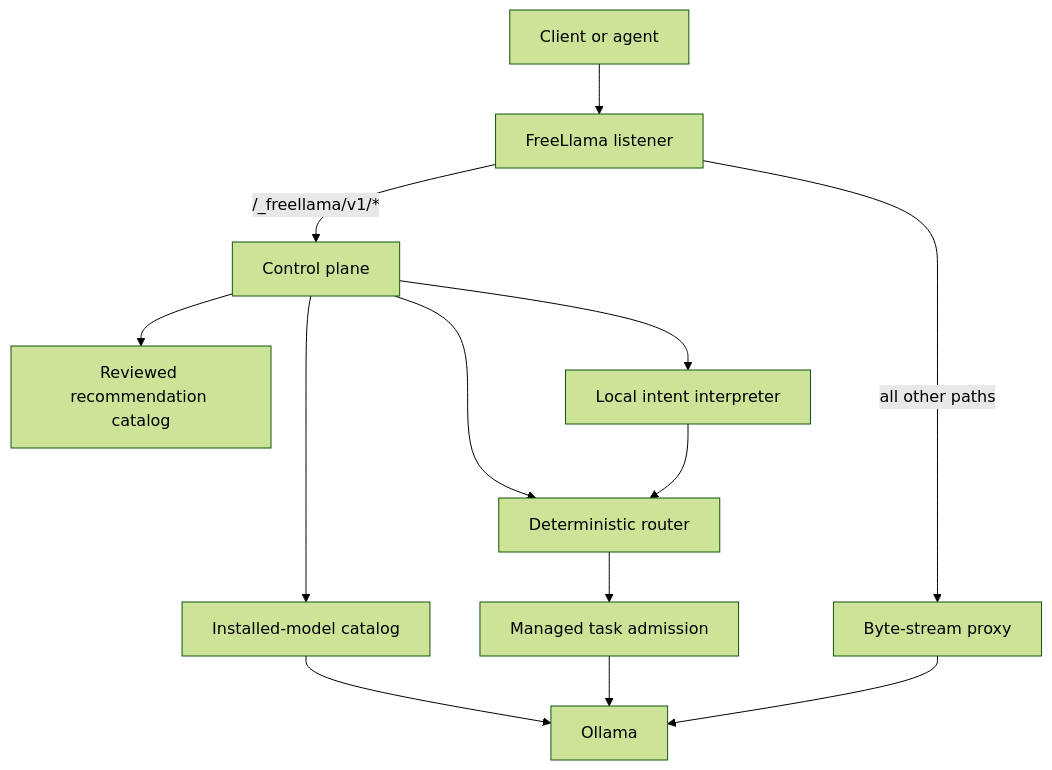
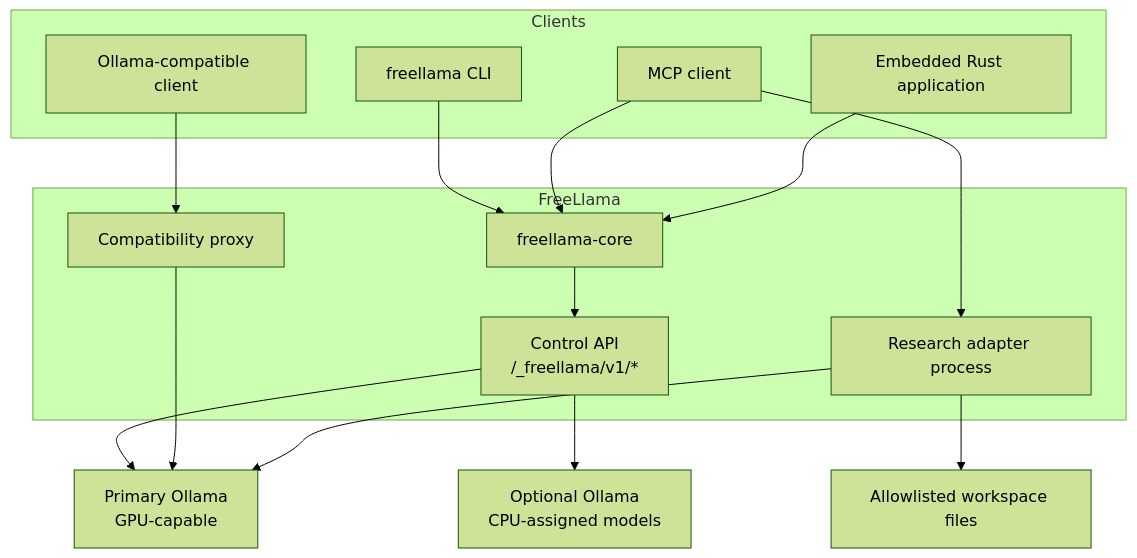
One commit to bgauryy/FreeLlama changed the first of 10 diagrams in docs/ARCHITECTURE.md. Above: the diagram before and after it, drawn with Mermaid (forest theme). The commit also changed other lines of this file and 149 other files, not shown here.

````diff
--- a/docs/ARCHITECTURE.md
+++ b/docs/ARCHITECTURE.md
@@ -111,15 +28,32 @@
 ```mermaid
-flowchart TD
-    C["Client or agent"] --> F["FreeLlama listener"]
-    F -->|"/_freellama/v1/*"| CP["Control plane"]
-    F -->|"all other paths"| PX["Byte-stream proxy"]
-    CP --> CAT["Installed-model catalog"]
-    CP --> REC["Reviewed recommendation catalog"]
-    CP --> ROUTE["Deterministic router"]
-    CP --> NLP["Local intent interpreter"]
-    NLP --> ROUTE
-    ROUTE --> TASK["Managed task admission"]
-    CAT --> O["Ollama"]
-    TASK --> O
-    PX --> O
+flowchart TB
+    subgraph clients["Clients"]
+        CLI["freellama CLI"]
+        MCP["MCP client"]
+        RUST["Embedded Rust application"]
+        RAW["Ollama-compatible client"]
+    end
+
+    subgraph freellama["FreeLlama"]
+        CORE["freellama-core"]
+        API["Control API<br/>/_freellama/v1/*"]
+        PX["Compatibility proxy"]
+        ADAPTER["Research adapter process"]
+    end
+
+    GPU["Primary Ollama<br/>GPU-capable"]
+    CPU["Optional Ollama<br/>CPU-assigned models"]
+    FILES["Allowlisted workspace files"]
+
+    CLI --> CORE
+    MCP --> CORE
+    RUST --> CORE
+    CORE --> API
+    RAW --> PX
+    API --> GPU
+    API --> CPU
+    PX --> GPU
+    MCP --> ADAPTER
+    ADAPTER --> FILES
+    ADAPTER --> GPU
 ```
````
